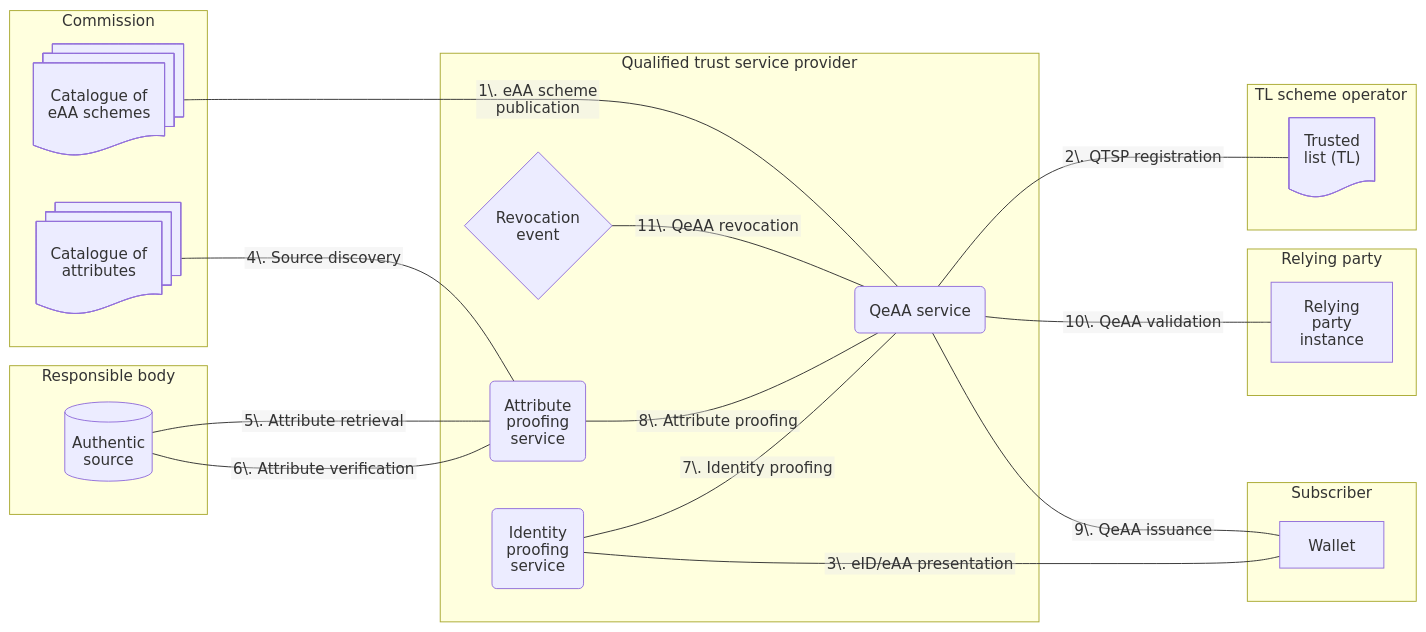
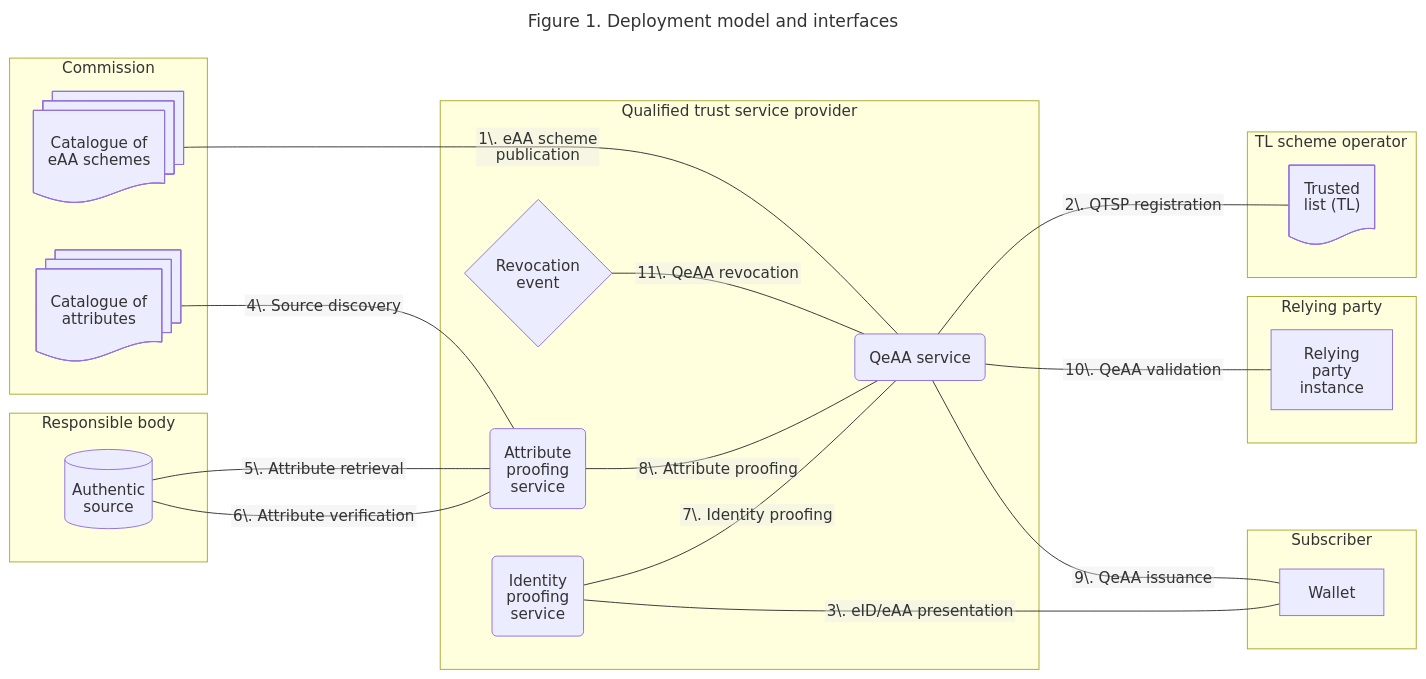
Before and after one commit to webuild-consortium/wp4-qtsp-group: the first of 4 diagrams in docs/qeaa/architecture.md, drawn with Mermaid. The commit also changed other lines of this file, not shown here.

````diff
--- a/docs/qeaa/architecture.md
+++ b/docs/qeaa/architecture.md
@@ -48,54 +48,55 @@
 ```mermaid
 ---
+title: Figure 1. Deployment model and interfaces
 config:
   htmlLabels: false
   markdownAutoWrap: true
   flowchart:
     #defaultRenderer: "elk"
 ---
 flowchart LR
 subgraph Responsible body
     AS[Authentic
     source]@{shape: cyl}
 end
 subgraph EC[Commission]
     CatAtt[Catalogue of
     attributes]@{shape: docs}
     CatSch[Catalogue of
     eAA schemes]@{shape: docs}
 end
 subgraph QTSP[Qualified trust service provider]
     APS[Attribute
     proofing
     service]@{shape: rounded}
     IPS[Identity
     proofing
     service]@{shape: rounded}
     EAAS["QeAA service"]@{shape: rounded}
     Rev[Revocation
     event]@{shape: diamond}
 end
 subgraph Sub[Subscriber]
     Wallet
 end
 subgraph Relying party
     RP["Relying
     party
     instance"]
 end
 subgraph "TL scheme operator"
     TL["Trusted
     list (TL)"]@{shape: doc}
 end
 CatSch ---|1\. eAA scheme publication| EAAS
 EAAS   ---|2\. QTSP registration     | TL
 EAAS   ---|9\. QeAA issuance         | Wallet
 IPS    ---|3\. eID/eAA presentation  | Wallet
 CatAtt ---|4\. Source discovery      | APS
 AS     ---|5\. Attribute retrieval   | APS
 AS     ---|6\. Attribute verification| APS
 Rev    ---|11\. QeAA revocation      | EAAS
 APS    ---|8\. Attribute proofing   | EAAS
 IPS    ---|7\. Identity proofing     | EAAS
 EAAS   ---|10\. QeAA validation       | RP
 ```
````
